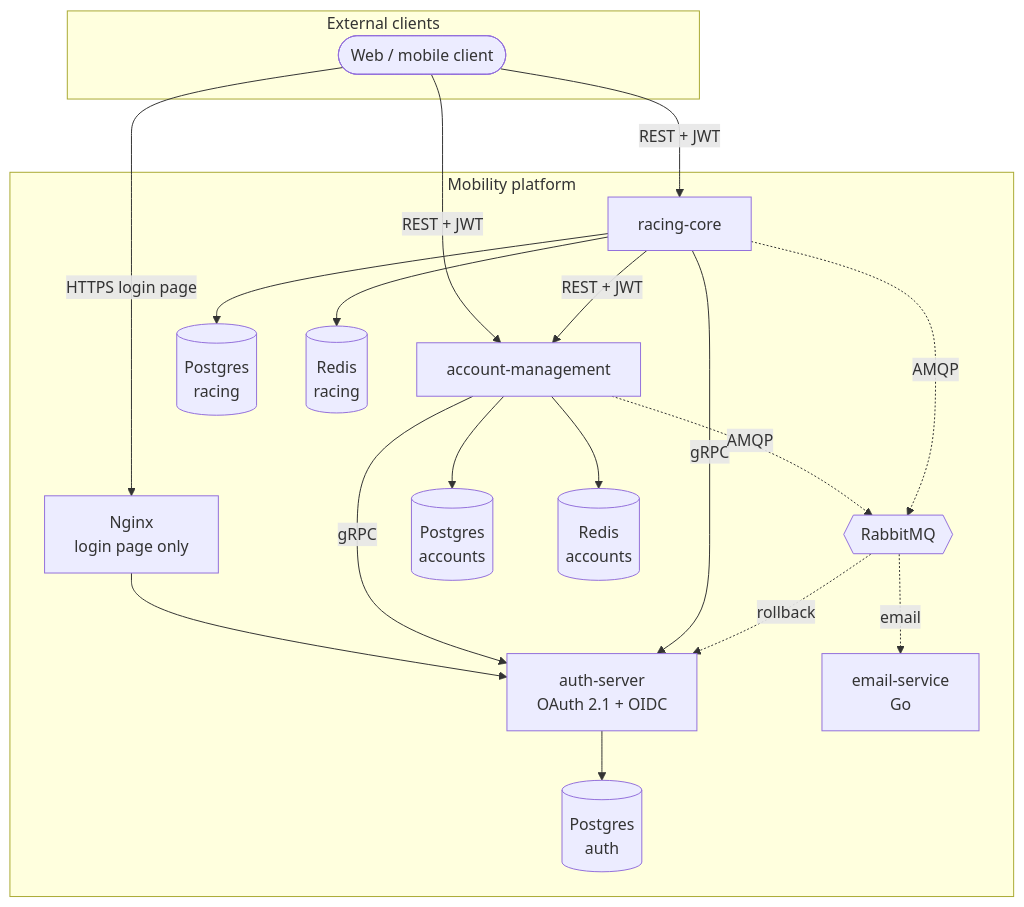
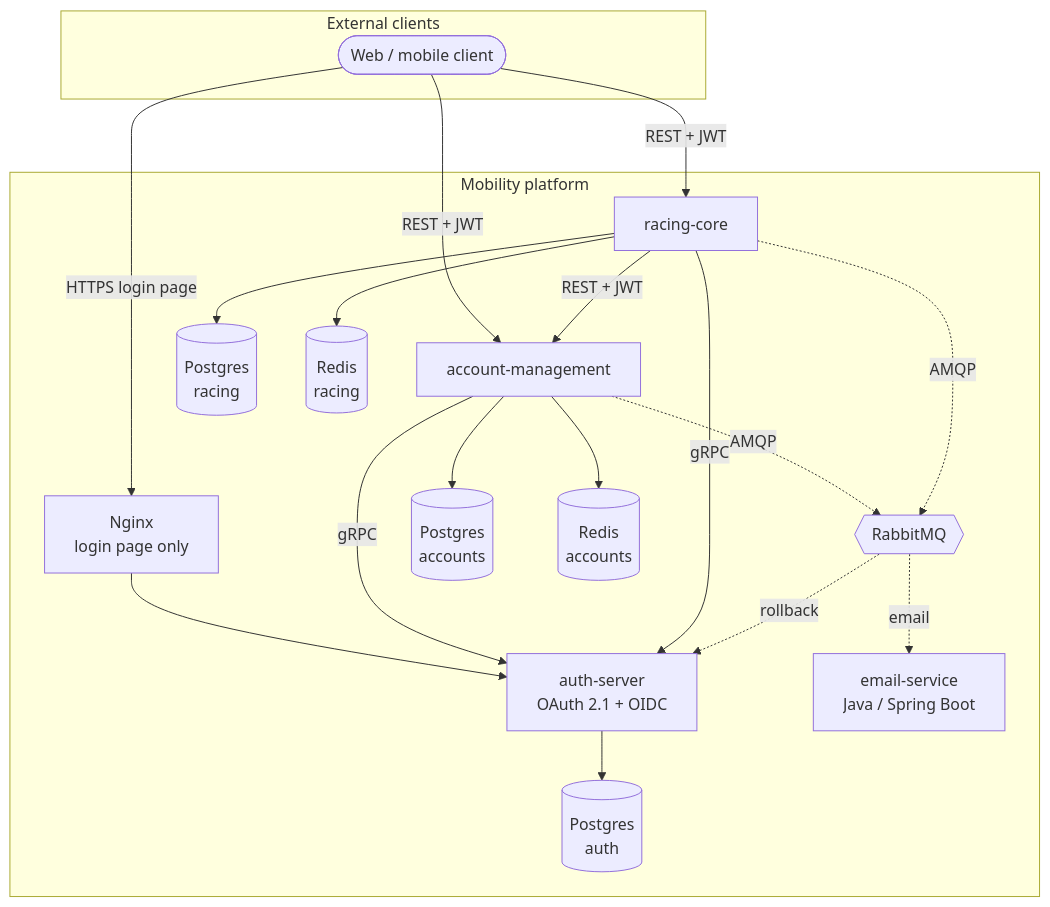
Before and after one commit to mobility-systems/mobility-app: the diagram in docs/architecture.md, drawn with Mermaid. The commit also changed other lines of this file and 1 other file, not shown here.

Commit message:
email-service is a java service now

````diff
--- a/docs/architecture.md
+++ b/docs/architecture.md
@@ -13,43 +13,43 @@
 ```mermaid
 flowchart TB
     subgraph external[External clients]
         Web([Web / mobile client])
     end
  
     subgraph platform[Mobility platform]
         Nginx[Nginx<br/>login page only]
  
         Auth[auth-server<br/>OAuth 2.1 + OIDC]
         AM[account-management]
         RC[racing-core]
-        Email[email-service<br/>Go]
+        Email[email-service<br/>Java / Spring Boot]
  
         MQ{{RabbitMQ}}
  
         AuthDB[(Postgres<br/>auth)]
         AMDB[(Postgres<br/>accounts)]
         RCDB[(Postgres<br/>racing)]
         AMCache[(Redis<br/>accounts)]
         RCCache[(Redis<br/>racing)]
     end
  
     Web -->|HTTPS login page| Nginx
     Nginx --> Auth
     Web -->|REST + JWT| AM
     Web -->|REST + JWT| RC
  
     AM -->|gRPC| Auth
     RC -->|gRPC| Auth
     RC -->|REST + JWT| AM
  
     AM -.->|AMQP| MQ
     RC -.->|AMQP| MQ
     MQ -.->|rollback| Auth
     MQ -.->|email| Email
  
     Auth --> AuthDB
     AM --> AMDB
     AM --> AMCache
     RC --> RCDB
     RC --> RCCache
 ```
````
